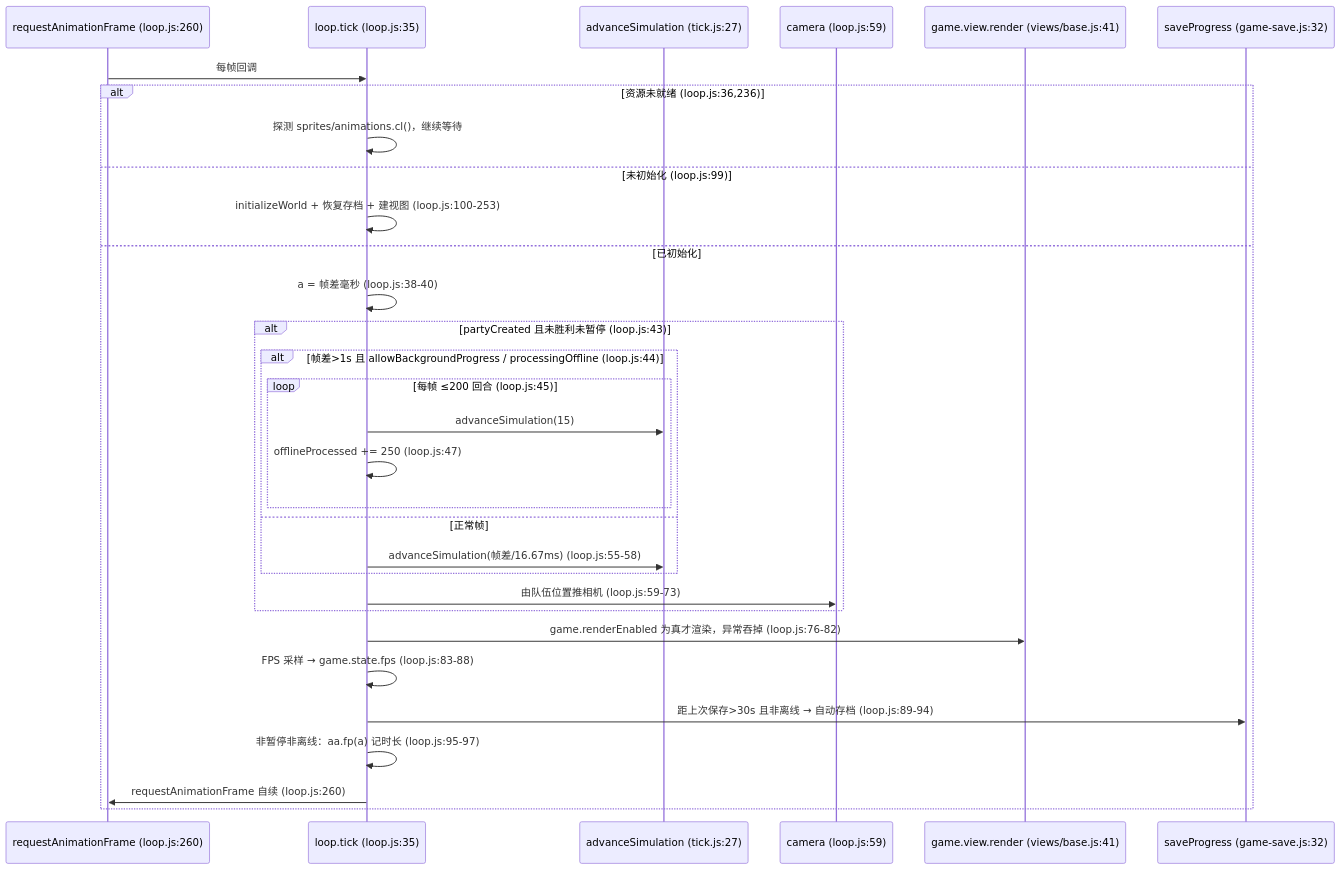
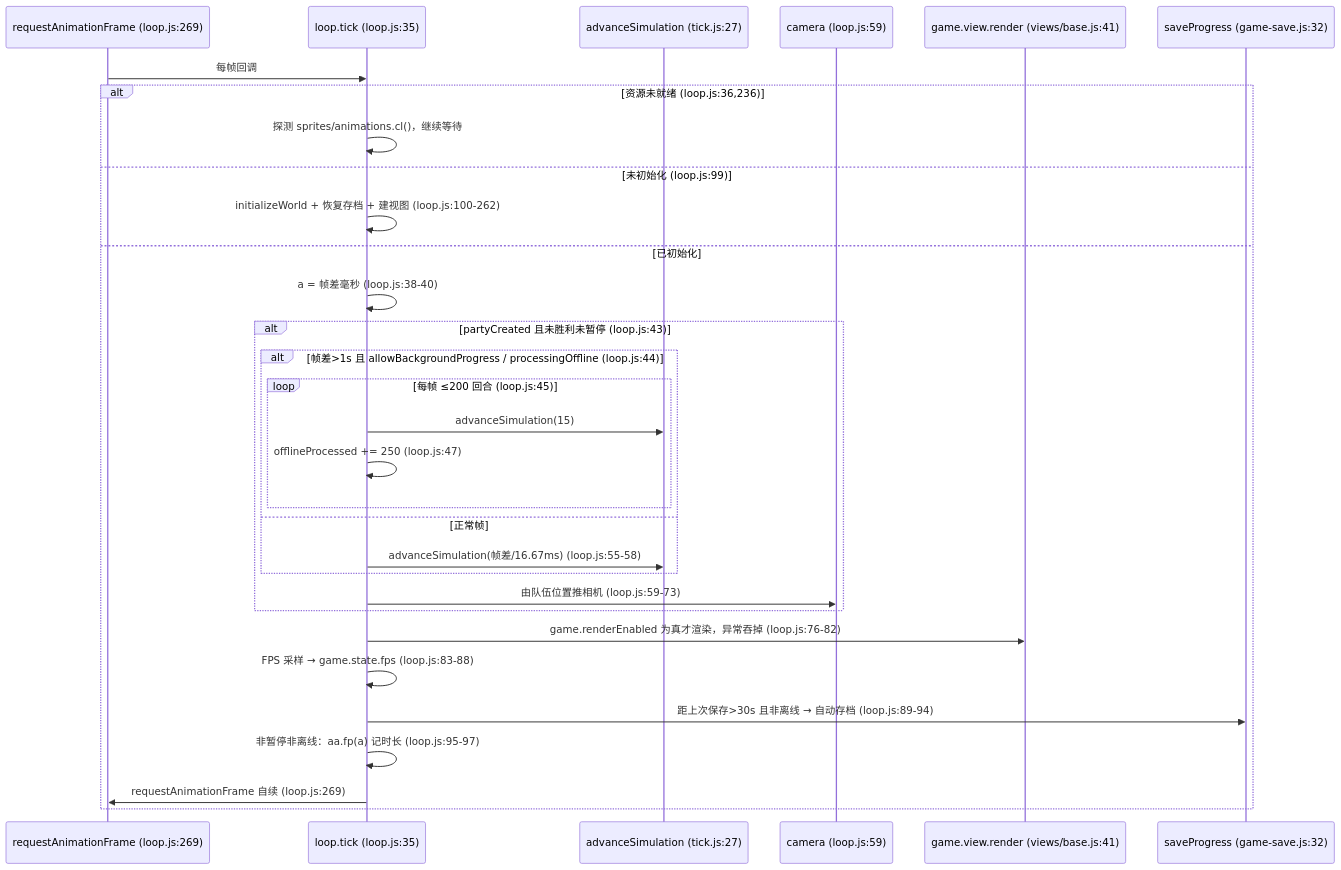
Before and after one commit to TT-106/click: the second of 6 diagrams in docs/architecture.md, drawn with Mermaid. The commit also changed other lines of this file and 7 other files, not shown here.

````diff
--- a/docs/architecture.md
+++ b/docs/architecture.md
@@ -113,34 +113,34 @@
 ```mermaid
 sequenceDiagram
-    participant RAF as requestAnimationFrame (loop.js:260)
+    participant RAF as requestAnimationFrame (loop.js:269)
     participant L as loop.tick (loop.js:35)
     participant S as advanceSimulation (tick.js:27)
     participant C as camera (loop.js:59)
     participant V as game.view.render (views/base.js:41)
     participant P as saveProgress (game-save.js:32)
 
     RAF->>L: 每帧回调
     alt 资源未就绪 (loop.js:36,236)
         L->>L: 探测 sprites/animations.cl()，继续等待
     else 未初始化 (loop.js:99)
-        L->>L: initializeWorld + 恢复存档 + 建视图 (loop.js:100-253)
+        L->>L: initializeWorld + 恢复存档 + 建视图 (loop.js:100-262)
     else 已初始化
         L->>L: a = 帧差毫秒 (loop.js:38-40)
         alt partyCreated 且未胜利未暂停 (loop.js:43)
             alt 帧差>1s 且 allowBackgroundProgress / processingOffline (loop.js:44)
                 loop 每帧 ≤200 回合 (loop.js:45)
                     L->>S: advanceSimulation(15)
                     L->>L: offlineProcessed += 250 (loop.js:47)
                 end
             else 正常帧
                 L->>S: advanceSimulation(帧差/16.67ms) (loop.js:55-58)
             end
             L->>C: 由队伍位置推相机 (loop.js:59-73)
         end
         L->>V: game.renderEnabled 为真才渲染，异常吞掉 (loop.js:76-82)
         L->>L: FPS 采样 → game.state.fps (loop.js:83-88)
         L->>P: 距上次保存>30s 且非离线 → 自动存档 (loop.js:89-94)
         L->>L: 非暂停非离线：aa.fp(a) 记时长 (loop.js:95-97)
-        L->>RAF: requestAnimationFrame 自续 (loop.js:260)
+        L->>RAF: requestAnimationFrame 自续 (loop.js:269)
     end
 ```
````
